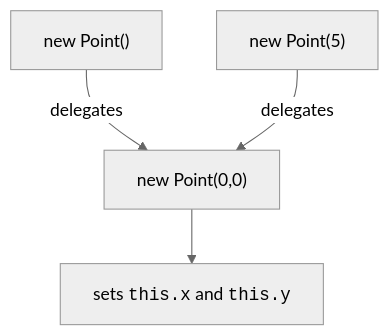
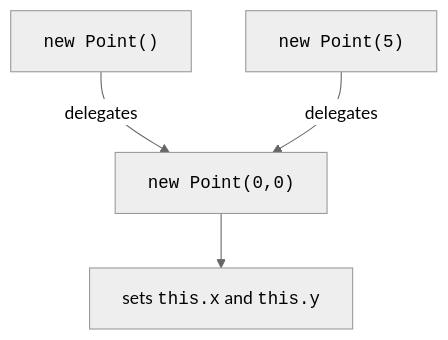
The second of 3 diagrams in content/courses/oop-blueprint-java/constructors-and-state.mdx (dataslope/dataslope), drawn with Mermaid (neutral theme) before and after one commit. The commit also changed other lines of this file and 65 other files, not shown here.

First line of the commit message:
Set code in every mermaid label in the mono face

````diff
--- a/content/courses/oop-blueprint-java/constructors-and-state.mdx
+++ b/content/courses/oop-blueprint-java/constructors-and-state.mdx
@@ -174,6 +174,6 @@
 ```mermaid
 flowchart TD
-    A["new Point()"] -->|delegates| C["new Point(0,0)"]
-    B["new Point(5)"] -->|delegates| C
+    A["<code>new Point()</code>"] -->|delegates| C["<code>new Point(0,0)</code>"]
+    B["<code>new Point(5)</code>"] -->|delegates| C
     C --> S["sets <code>this.x</code> and <code>this.y</code>"]
 ```
````
